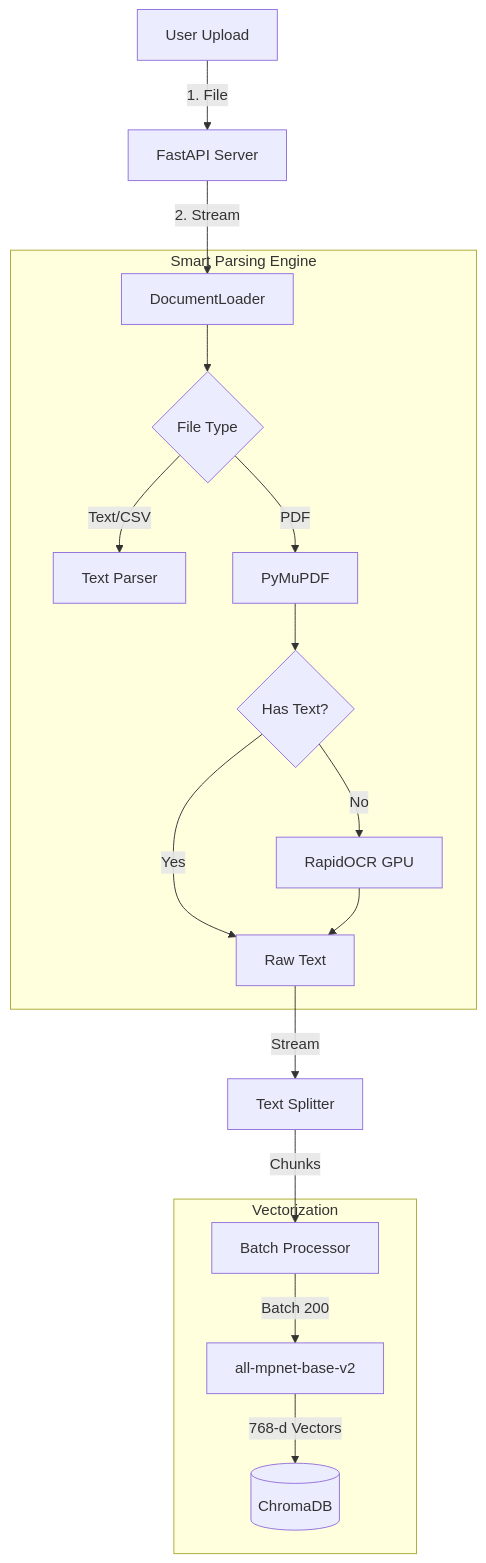
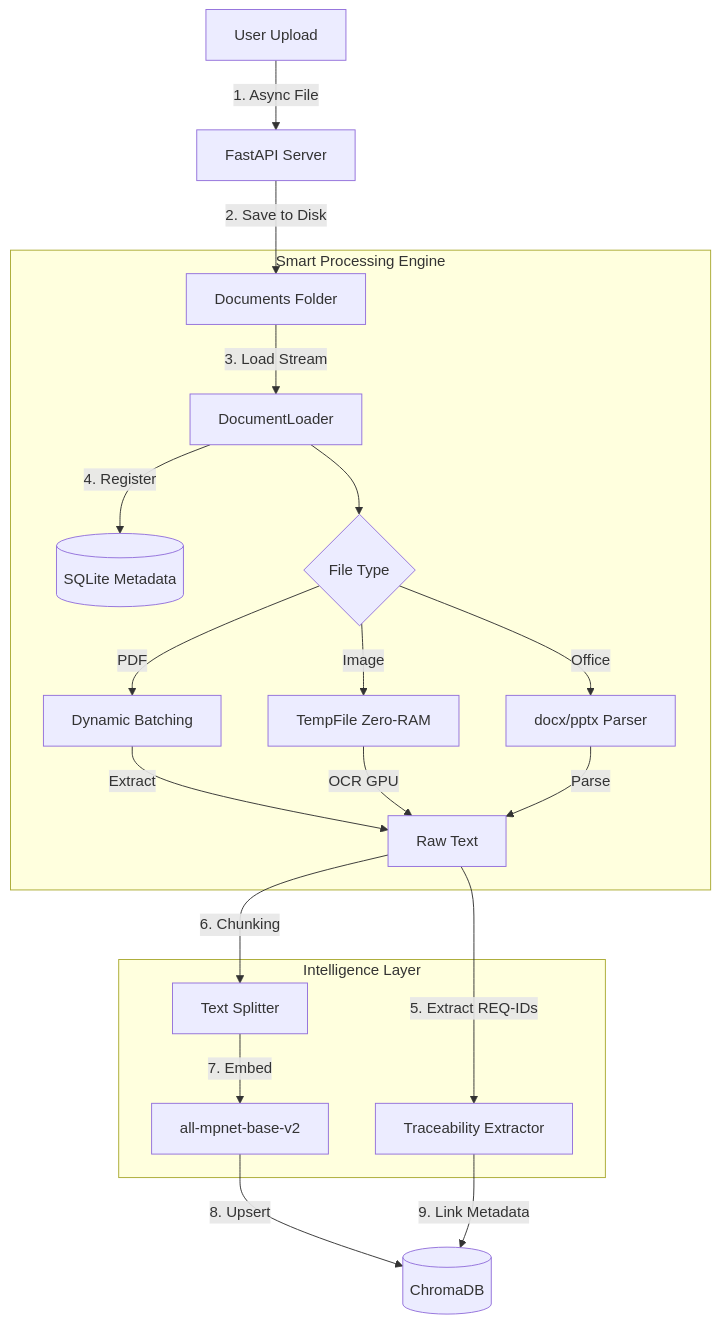
Before and after one commit to Enmo7/ChatBot_with_Rag_System: the first of 2 diagrams in README.md, drawn with Mermaid. The commit also changed other lines of this file and 10 other files, not shown here.

````diff
--- a/README.md
+++ b/README.md
@@ -24,24 +22,28 @@
 ```mermaid
 graph TD
-    User[User Upload] -->|1. File| API[FastAPI Server]
-    API -->|2. Stream| Loader[DocumentLoader]
+    User[User Upload] -->|1. Async File| API[FastAPI Server]
+    API -->|2. Save to Disk| Disk[Documents Folder]
     
-    subgraph Parsing[Smart Parsing Engine]
+    subgraph Processing[Smart Processing Engine]
+        Disk -->|3. Load Stream| Loader[DocumentLoader]
+        Loader -->|4. Register| SQL[(SQLite Metadata)]
+        
         Loader --> Router{File Type}
-        Router -->|Text/CSV| TextParser[Text Parser]
-        Router -->|PDF| PDFEngine[PyMuPDF]
+        Router -->|PDF| Batcher[Dynamic Batching]
+        Router -->|Image| Temp[TempFile Zero-RAM]
+        Router -->|Office| Parser[docx/pptx Parser]
         
-        PDFEngine --> Check{Has Text?}
-        Check -->|Yes| RawText[Raw Text]
-        Check -->|No| OCR[RapidOCR GPU]
-        OCR --> RawText
+        Batcher -->|Extract| Text[Raw Text]
+        Temp -->|OCR GPU| Text
+        Parser -->|Parse| Text
     end
     
-    RawText -->|Stream| Splitter[Text Splitter]
-    Splitter -->|Chunks| Batcher[Batch Processor]
+    subgraph Intelligence[Intelligence Layer]
+        Text -->|5. Extract REQ-IDs| Regex[Traceability Extractor]
+        Text -->|6. Chunking| Splitter[Text Splitter]
+        Splitter -->|7. Embed| Embed[all-mpnet-base-v2]
+    end
     
-    subgraph Vector[Vectorization]
-        Batcher -->|Batch 200| Embed[all-mpnet-base-v2]
-        Embed -->|768-d Vectors| DB[(ChromaDB)]
-    end
+    Embed -->|8. Upsert| VectorDB[(ChromaDB)]
+    Regex -->|9. Link Metadata| VectorDB
 ```
````
